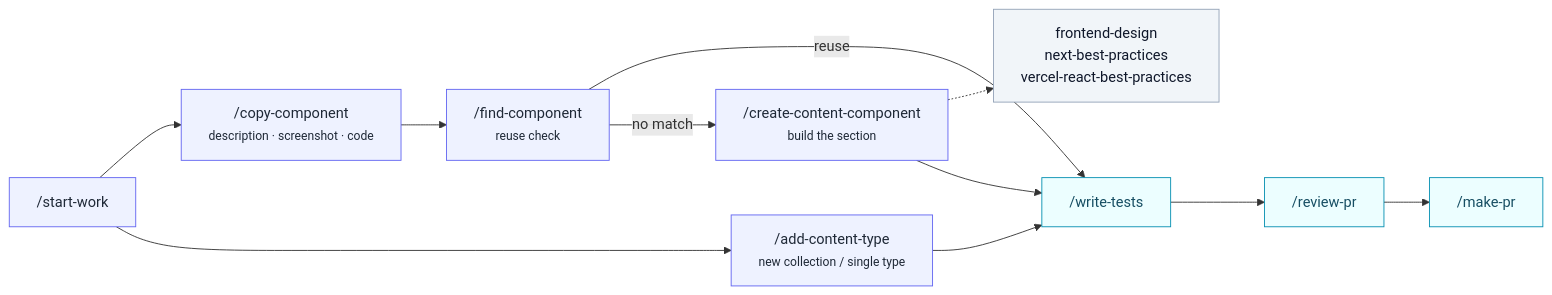
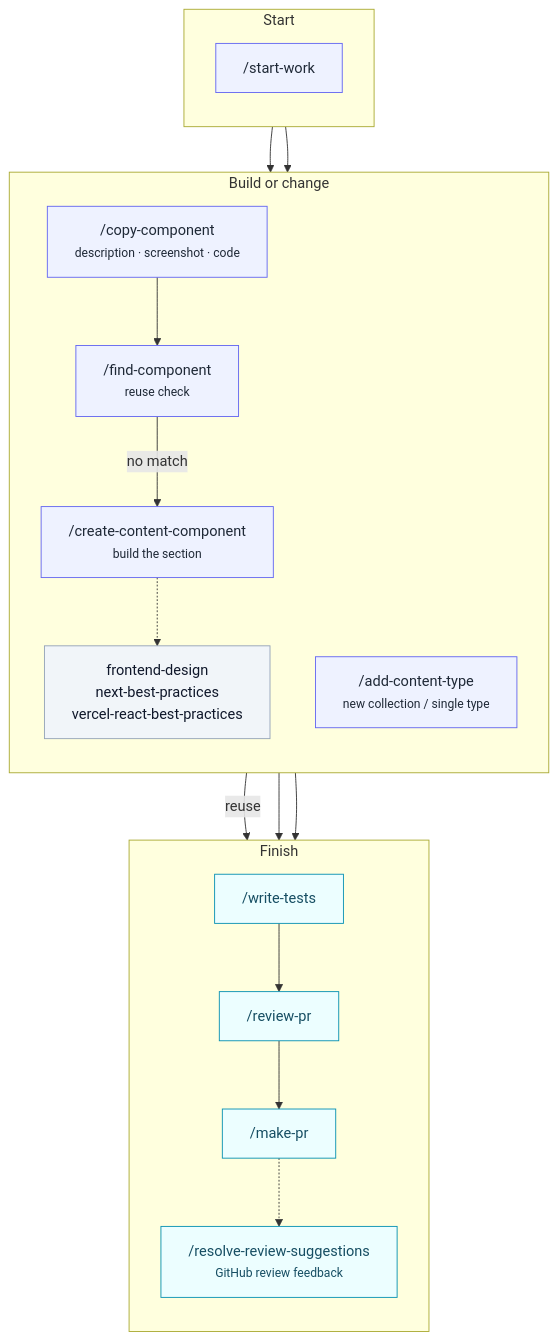
The first of 5 diagrams in apps/docs/docs/reference/AI/skills/overview.md (notum-cz/strapi-next-monorepo-starter), drawn with Mermaid before and after one commit. The commit also changed other lines of this file and 9 other files, not shown here.

Commit message:
feat: add review resolver skill

````diff
--- a/apps/docs/docs/reference/AI/skills/overview.md
+++ b/apps/docs/docs/reference/AI/skills/overview.md
@@ -51,20 +52,41 @@
 ```mermaid
-flowchart LR
+flowchart TB
   classDef skill fill:#eef2ff,stroke:#6366f1,color:#1f2937
   classDef tail fill:#ecfeff,stroke:#0891b2,color:#164e63
   classDef helper fill:#f1f5f9,stroke:#94a3b8,color:#0f172a
 
-  S["/start-work"]:::skill
-  S --> CP["/copy-component<br/><small>description · screenshot · code</small>"]:::skill
-  S --> C["/add-content-type<br/><small>new collection / single type</small>"]:::skill
+  subgraph Entry["Start"]
+    direction TB
+    S["/start-work"]:::skill
+  end
 
-  CP --> F["/find-component<br/><small>reuse check</small>"]:::skill
+  subgraph Build["Build or change"]
+    direction TB
+    CP["/copy-component<br/><small>description · screenshot · code</small>"]:::skill
+    F["/find-component<br/><small>reuse check</small>"]:::skill
+    A["/create-content-component<br/><small>build the section</small>"]:::skill
+    C["/add-content-type<br/><small>new collection / single type</small>"]:::skill
+    H["frontend-design<br/>next-best-practices<br/>vercel-react-best-practices"]:::helper
+  end
+
+  subgraph Finish["Finish"]
+    direction TB
+    T["/write-tests"]:::tail
+    R["/review-pr"]:::tail
+    P["/make-pr"]:::tail
+    RS["/resolve-review-suggestions<br/><small>GitHub review feedback</small>"]:::tail
+  end
+
+  S --> CP
+  S --> C
+  CP --> F
   F -->|"reuse"| T
-  F -->|"no match"| A["/create-content-component<br/><small>build the section</small>"]:::skill
+  F -->|"no match"| A
 
-  A -.-> H["frontend-design<br/>next-best-practices<br/>vercel-react-best-practices"]:::helper
-  A --> T["/write-tests"]:::tail
+  A -.-> H
+  A --> T
   C --> T
-  T --> R["/review-pr"]:::tail
-  R --> P["/make-pr"]:::tail
+  T --> R
+  R --> P
+  P -.-> RS
 ```
````
